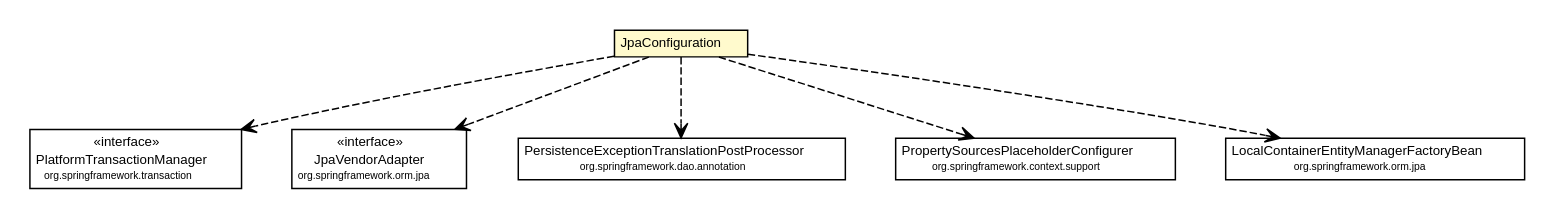
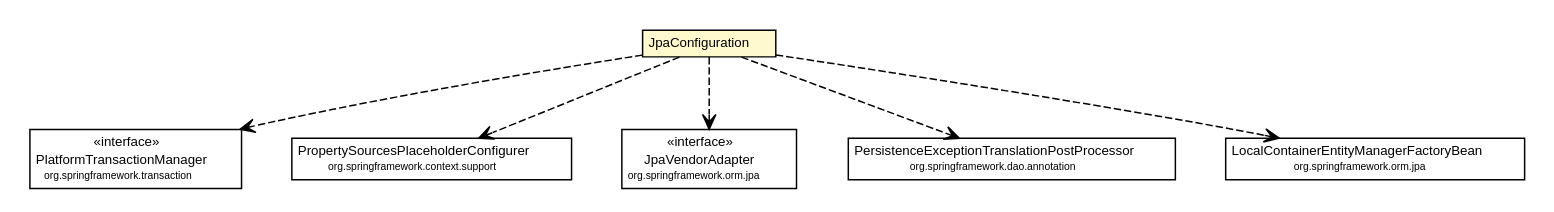
The diagram in docs/javadoc/apidocs/net/ljcomputing/sr/config/JpaConfiguration.dot (willmorejg/net.ljcomputing.status-reporter), drawn with Graphviz before and after one commit. The commit also changed 196 other files, not shown here.

```diff
--- a/docs/javadoc/apidocs/net/ljcomputing/sr/config/JpaConfiguration.dot
+++ b/docs/javadoc/apidocs/net/ljcomputing/sr/config/JpaConfiguration.dot
@@ -1,65 +1,65 @@
 #!/usr/local/bin/dot
 #
 # Class diagram 
 # Generated by UMLGraph version R5_6-24-gf6e263 (http://www.umlgraph.org/)
 #
 
 digraph G {
 	edge [fontname="Helvetica",fontsize=10,labelfontname="Helvetica",labelfontsize=10];
 	node [fontname="Helvetica",fontsize=10,shape=plaintext];
 	nodesep=0.25;
 	ranksep=0.5;
 	// net.ljcomputing.sr.config.JpaConfiguration
 	c2126 [label=<<table title="net.ljcomputing.sr.config.JpaConfiguration" border="0" cellborder="1" cellspacing="0" cellpadding="2" port="p" bgcolor="lemonChiffon" href="./JpaConfiguration.html">
 		<tr><td><table border="0" cellspacing="0" cellpadding="1">
 <tr><td align="center" balign="center"> JpaConfiguration </td></tr>
 		</table></td></tr>
 		</table>>, URL="./JpaConfiguration.html", fontname="Helvetica", fontcolor="black", fontsize=9.0];
 	// net.ljcomputing.sr.config.JpaConfiguration DEPEND org.springframework.transaction.PlatformTransactionManager
 	c2126:p -> c2131:p [taillabel="", label="", headlabel="", fontname="Helvetica", fontcolor="black", fontsize=10.0, color="black", arrowhead=open, style=dashed];
+	// net.ljcomputing.sr.config.JpaConfiguration DEPEND org.springframework.context.support.PropertySourcesPlaceholderConfigurer
+	c2126:p -> c2139:p [taillabel="", label="", headlabel="", fontname="Helvetica", fontcolor="black", fontsize=10.0, color="black", arrowhead=open, style=dashed];
 	// net.ljcomputing.sr.config.JpaConfiguration DEPEND org.springframework.orm.jpa.JpaVendorAdapter
-	c2126:p -> c2133:p [taillabel="", label="", headlabel="", fontname="Helvetica", fontcolor="black", fontsize=10.0, color="black", arrowhead=open, style=dashed];
+	c2126:p -> c2141:p [taillabel="", label="", headlabel="", fontname="Helvetica", fontcolor="black", fontsize=10.0, color="black", arrowhead=open, style=dashed];
 	// net.ljcomputing.sr.config.JpaConfiguration DEPEND org.springframework.dao.annotation.PersistenceExceptionTranslationPostProcessor
-	c2126:p -> c2137:p [taillabel="", label="", headlabel="", fontname="Helvetica", fontcolor="black", fontsize=10.0, color="black", arrowhead=open, style=dashed];
-	// net.ljcomputing.sr.config.JpaConfiguration DEPEND org.springframework.context.support.PropertySourcesPlaceholderConfigurer
 	c2126:p -> c2145:p [taillabel="", label="", headlabel="", fontname="Helvetica", fontcolor="black", fontsize=10.0, color="black", arrowhead=open, style=dashed];
 	// net.ljcomputing.sr.config.JpaConfiguration DEPEND org.springframework.orm.jpa.LocalContainerEntityManagerFactoryBean
 	c2126:p -> c2157:p [taillabel="", label="", headlabel="", fontname="Helvetica", fontcolor="black", fontsize=10.0, color="black", arrowhead=open, style=dashed];
 	// org.springframework.orm.jpa.JpaVendorAdapter
-	c2133 [label=<<table title="org.springframework.orm.jpa.JpaVendorAdapter" border="0" cellborder="1" cellspacing="0" cellpadding="2" port="p">
+	c2141 [label=<<table title="org.springframework.orm.jpa.JpaVendorAdapter" border="0" cellborder="1" cellspacing="0" cellpadding="2" port="p">
 		<tr><td><table border="0" cellspacing="0" cellpadding="1">
 <tr><td align="center" balign="center"> &#171;interface&#187; </td></tr>
 <tr><td align="center" balign="center"> JpaVendorAdapter </td></tr>
 <tr><td align="center" balign="center"><font point-size="7.0"> org.springframework.orm.jpa </font></td></tr>
 		</table></td></tr>
 		</table>>, URL="null", fontname="Helvetica", fontcolor="black", fontsize=9.0];
 	// org.springframework.transaction.PlatformTransactionManager
 	c2131 [label=<<table title="org.springframework.transaction.PlatformTransactionManager" border="0" cellborder="1" cellspacing="0" cellpadding="2" port="p">
 		<tr><td><table border="0" cellspacing="0" cellpadding="1">
 <tr><td align="center" balign="center"> &#171;interface&#187; </td></tr>
 <tr><td align="center" balign="center"> PlatformTransactionManager </td></tr>
 <tr><td align="center" balign="center"><font point-size="7.0"> org.springframework.transaction </font></td></tr>
 		</table></td></tr>
 		</table>>, URL="null", fontname="Helvetica", fontcolor="black", fontsize=9.0];
 	// org.springframework.dao.annotation.PersistenceExceptionTranslationPostProcessor
-	c2137 [label=<<table title="org.springframework.dao.annotation.PersistenceExceptionTranslationPostProcessor" border="0" cellborder="1" cellspacing="0" cellpadding="2" port="p">
+	c2145 [label=<<table title="org.springframework.dao.annotation.PersistenceExceptionTranslationPostProcessor" border="0" cellborder="1" cellspacing="0" cellpadding="2" port="p">
 		<tr><td><table border="0" cellspacing="0" cellpadding="1">
 <tr><td align="center" balign="center"> PersistenceExceptionTranslationPostProcessor </td></tr>
 <tr><td align="center" balign="center"><font point-size="7.0"> org.springframework.dao.annotation </font></td></tr>
 		</table></td></tr>
 		</table>>, URL="null", fontname="Helvetica", fontcolor="black", fontsize=9.0];
 	// org.springframework.context.support.PropertySourcesPlaceholderConfigurer
-	c2145 [label=<<table title="org.springframework.context.support.PropertySourcesPlaceholderConfigurer" border="0" cellborder="1" cellspacing="0" cellpadding="2" port="p">
+	c2139 [label=<<table title="org.springframework.context.support.PropertySourcesPlaceholderConfigurer" border="0" cellborder="1" cellspacing="0" cellpadding="2" port="p">
 		<tr><td><table border="0" cellspacing="0" cellpadding="1">
 <tr><td align="center" balign="center"> PropertySourcesPlaceholderConfigurer </td></tr>
 <tr><td align="center" balign="center"><font point-size="7.0"> org.springframework.context.support </font></td></tr>
 		</table></td></tr>
 		</table>>, URL="null", fontname="Helvetica", fontcolor="black", fontsize=9.0];
 	// org.springframework.orm.jpa.LocalContainerEntityManagerFactoryBean
 	c2157 [label=<<table title="org.springframework.orm.jpa.LocalContainerEntityManagerFactoryBean" border="0" cellborder="1" cellspacing="0" cellpadding="2" port="p">
 		<tr><td><table border="0" cellspacing="0" cellpadding="1">
 <tr><td align="center" balign="center"> LocalContainerEntityManagerFactoryBean </td></tr>
 <tr><td align="center" balign="center"><font point-size="7.0"> org.springframework.orm.jpa </font></td></tr>
 		</table></td></tr>
 		</table>>, URL="null", fontname="Helvetica", fontcolor="black", fontsize=9.0];
 }
```
